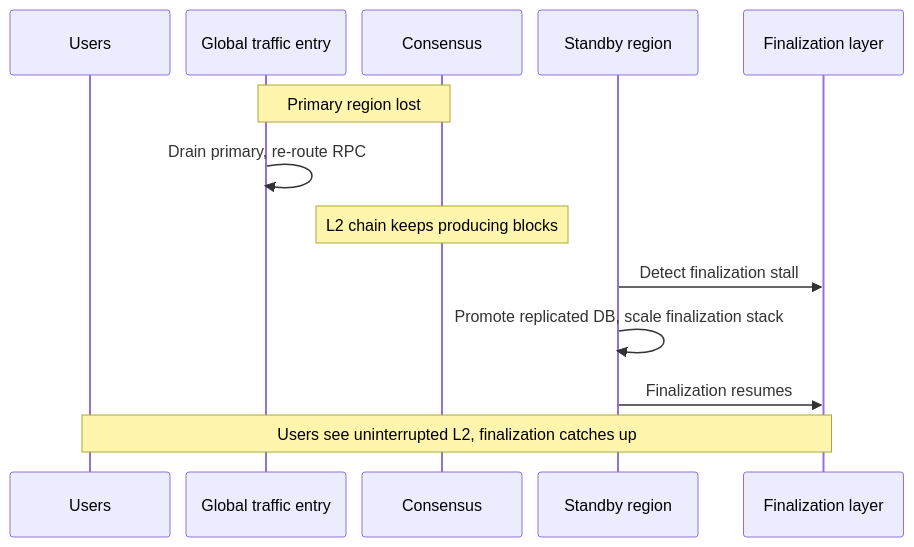
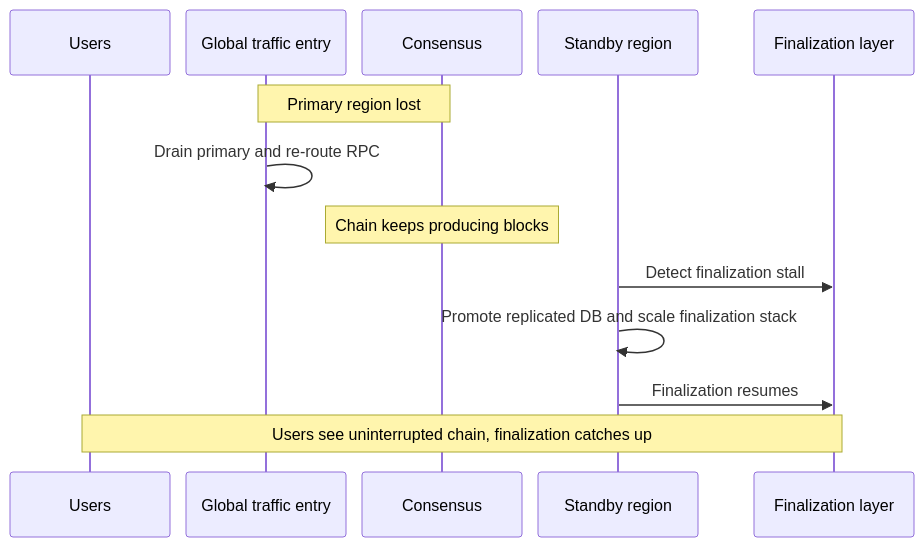
One commit to Consensys/doc.linea changed the second of 2 diagrams in docs/stack/deployment/high-availability.mdx. Above: the diagram before and after it, drawn with Mermaid. The commit also changed other lines of this file, not shown here.

````diff
--- a/docs/stack/deployment/high-availability.mdx
+++ b/docs/stack/deployment/high-availability.mdx
@@ -153,23 +148,23 @@
 ```mermaid
 %%{init: {
   "sequence": {
     "useMaxWidth": true,
     "actorMargin": 16,
     "width": 160
   }
 }}%%
 sequenceDiagram
   participant U as Users
   participant GA as Global traffic entry
   participant C as Consensus
   participant S as Standby region
-  participant L1 as Finalization layer
+  participant FL as Finalization layer
 
   Note over GA,C: Primary region lost
-  GA->>GA: Drain primary, re-route RPC
-  Note over C: L2 chain keeps producing blocks
-  S->>L1: Detect finalization stall
-  S->>S: Promote replicated DB, scale finalization stack
-  S->>L1: Finalization resumes
-  Note over U,L1: Users see uninterrupted L2, finalization catches up
+  GA->>GA: Drain primary and re-route RPC
+  Note over C: Chain keeps producing blocks
+  S->>FL: Detect finalization stall
+  S->>S: Promote replicated DB and scale finalization stack
+  S->>FL: Finalization resumes
+  Note over U,FL: Users see uninterrupted chain, finalization catches up
 ```
````
